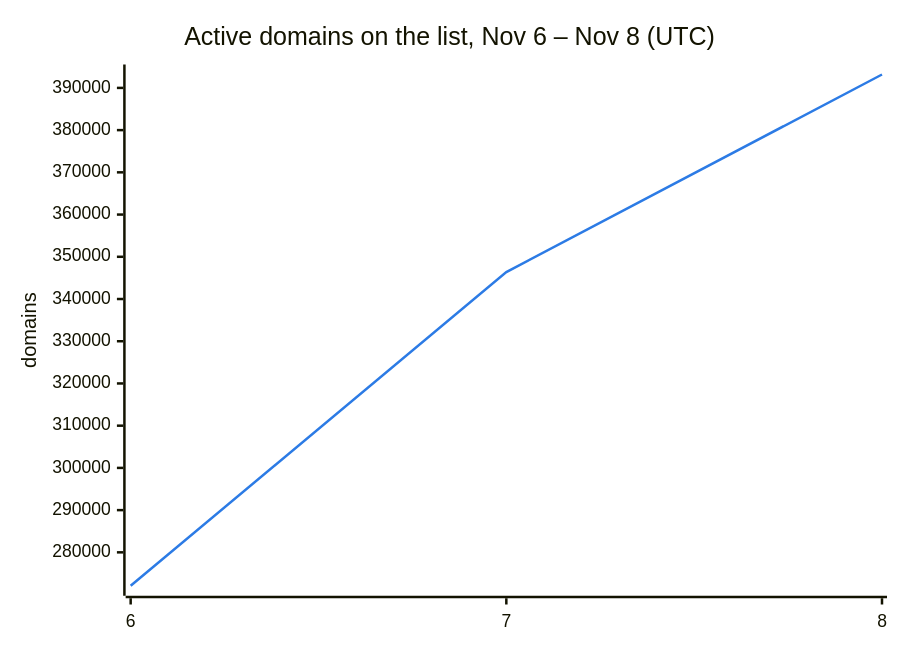
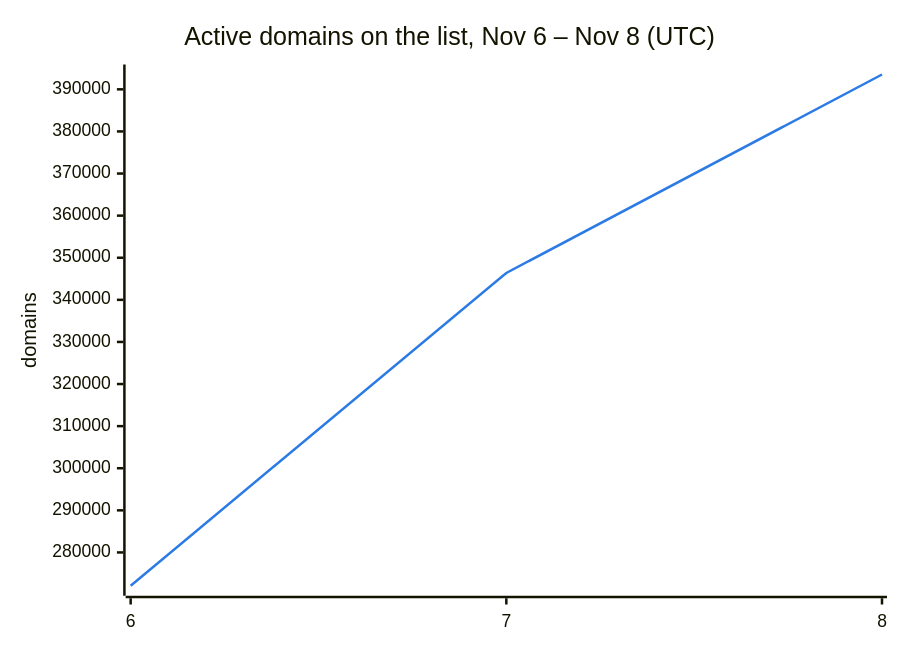
The second of 3 diagrams in README.md (DNSBunker/CTI), drawn with Mermaid before and after one commit. The commit also changed other lines of this file and 3 other files, not shown here.

````diff
--- a/README.md
+++ b/README.md
@@ -38,8 +38,8 @@
 ```mermaid
 %%{init: {"themeVariables": {"xyChart": {"plotColorPalette": "#2c7be5"}}}}%%
 xychart-beta
     title "Active domains on the list, Nov 6 – Nov 8 (UTC)"
     x-axis ["6", "7", "8"]
     y-axis "domains"
-    line [272088, 346388, 393173]
+    line [272088, 346388, 393524]
 ```
````
